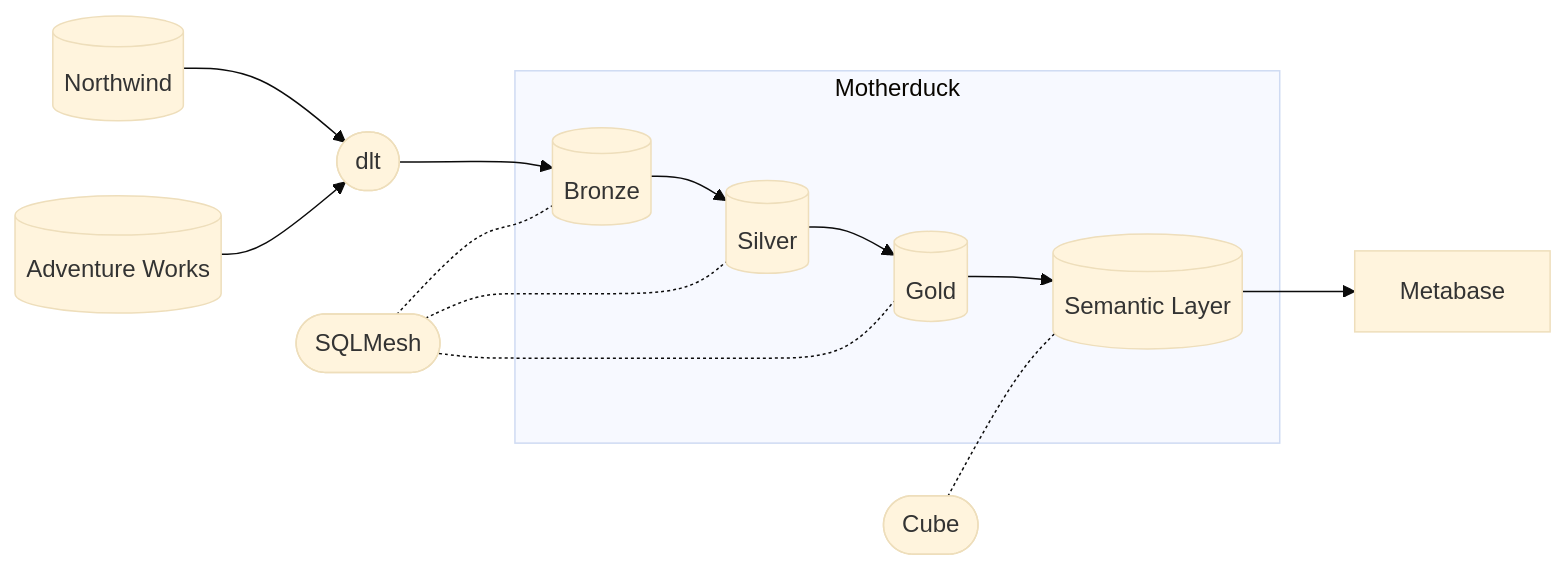
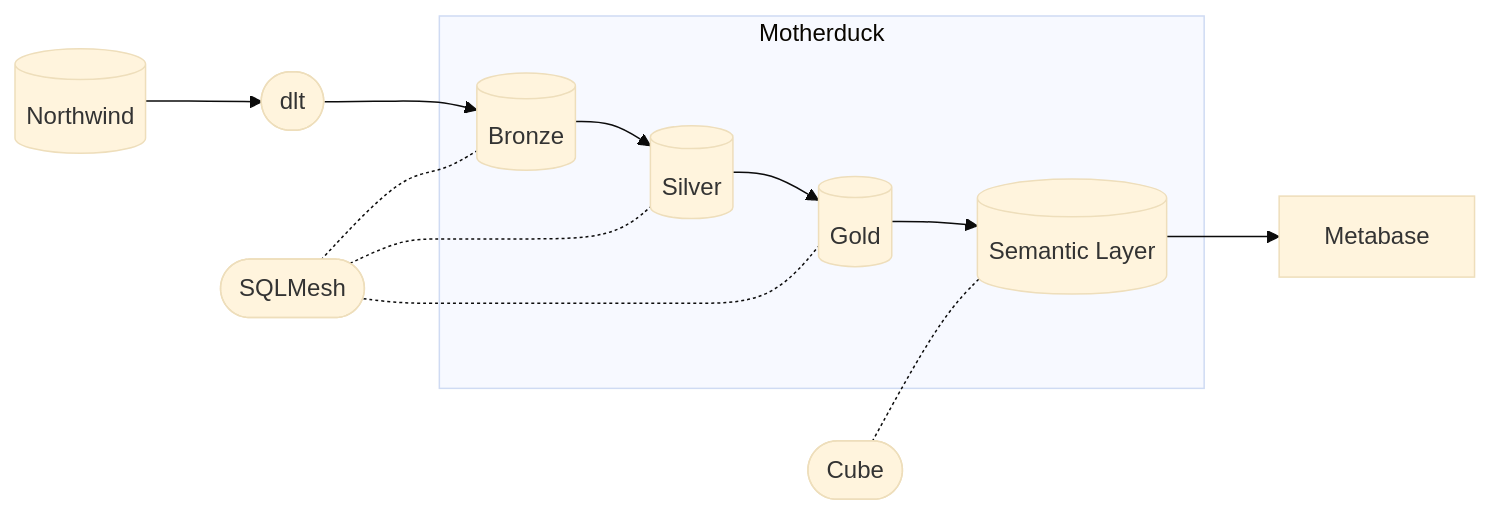
Before and after one commit to mattiasthalen/obsidian-insights: the first of 4 diagrams in README.md, drawn with Mermaid (base theme).

Commit message:
Comment out AW from architecture graph

````diff
--- a/README.md
+++ b/README.md
@@ -16,35 +16,35 @@
 ```mermaid
 graph LR
     %% Source Systems
     source_1[(Northwind)]
-    source_2[(Adventure Works)]
+    %%source_2[(Adventure Works)]
     
     %% Processing Layer - Using ([text]) for servers
     extract([dlt])
     transform([SQLMesh])
     
     %% Data Warehouse - Motherduck
     subgraph warehouse[Motherduck]
         bronze[(Bronze)]
         silver[(Silver)]
         gold[(Gold)]
         diamond[(Semantic Layer)]
     end
     
     %% Semantic Layer & BI
     semantic_layer([Cube])
     bi[Metabase]
     
     %% Connections
     source_1 --> extract
-    source_2 --> extract
+    %%source_2 --> extract
     extract --> bronze
     bronze --> silver
     silver --> gold
     gold --> diamond
     diamond --> bi
     transform -.- bronze
     transform -.- silver
     transform -.- gold
     semantic_layer -.- diamond
 ```
````
